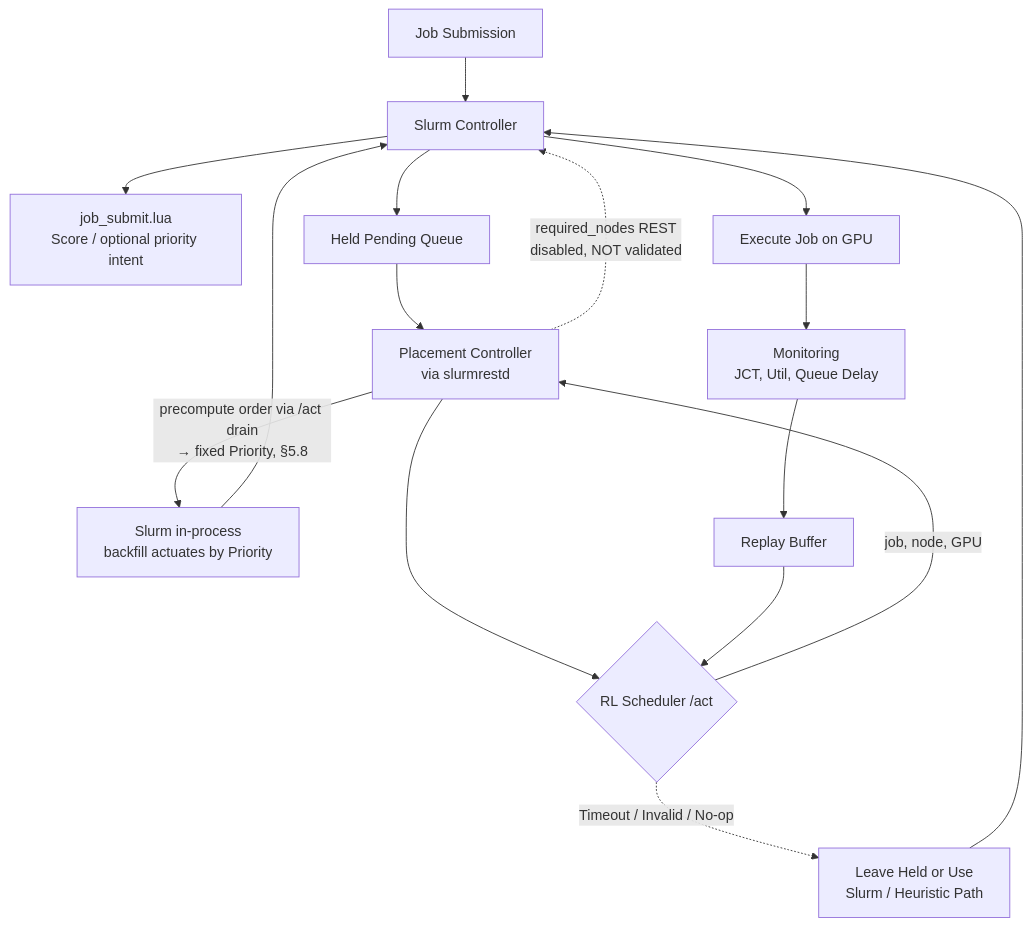
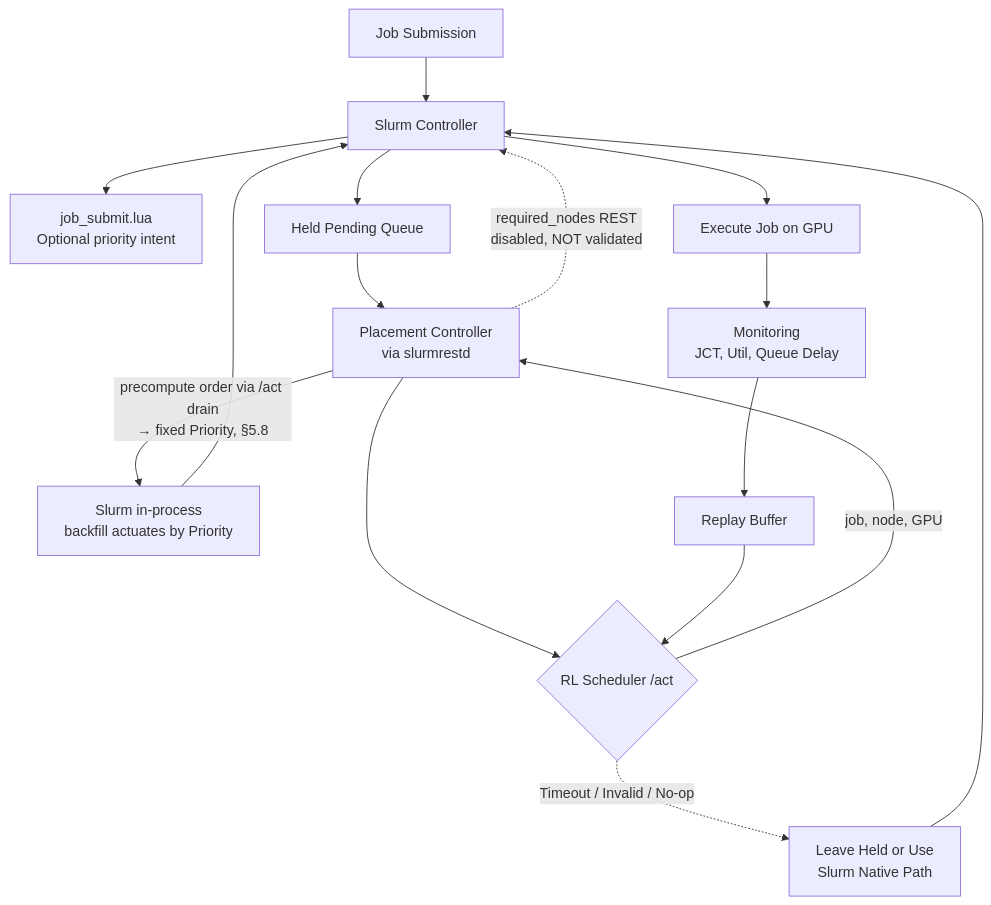
Before and after one commit to SoWiEee/Kelpflux: the diagram in docs/paper.md, drawn with Mermaid. The commit also changed other lines of this file and 6 other files, not shown here.

````diff
--- a/docs/paper.md
+++ b/docs/paper.md
@@ -170,18 +170,18 @@
 ```mermaid
 flowchart TD
     A[Job Submission] --> B[Slurm Controller]
-    B --> C[job_submit.lua<br/>Score / optional priority intent]
+    B --> C[job_submit.lua<br/>Optional priority intent]
     B --> D[Held Pending Queue]
     D --> E[Placement Controller<br/>via slurmrestd]
     E --> F{RL Scheduler /act}
     F -->|job, node, GPU| E
     E -.->|required_nodes REST<br/>disabled, NOT validated| B
     E -->|precompute order via /act drain<br/>→ fixed Priority, §5.8| K[Slurm in-process<br/>backfill actuates by Priority]
     K --> B
     B --> G[Execute Job on GPU]
     G --> H[Monitoring<br/>JCT, Util, Queue Delay]
     H --> I[Replay Buffer]
     I --> F
-    F -.->|Timeout / Invalid / No-op| J[Leave Held or Use<br/>Slurm / Heuristic Path]
+    F -.->|Timeout / Invalid / No-op| J[Leave Held or Use<br/>Slurm Native Path]
     J --> B
 ```
````
